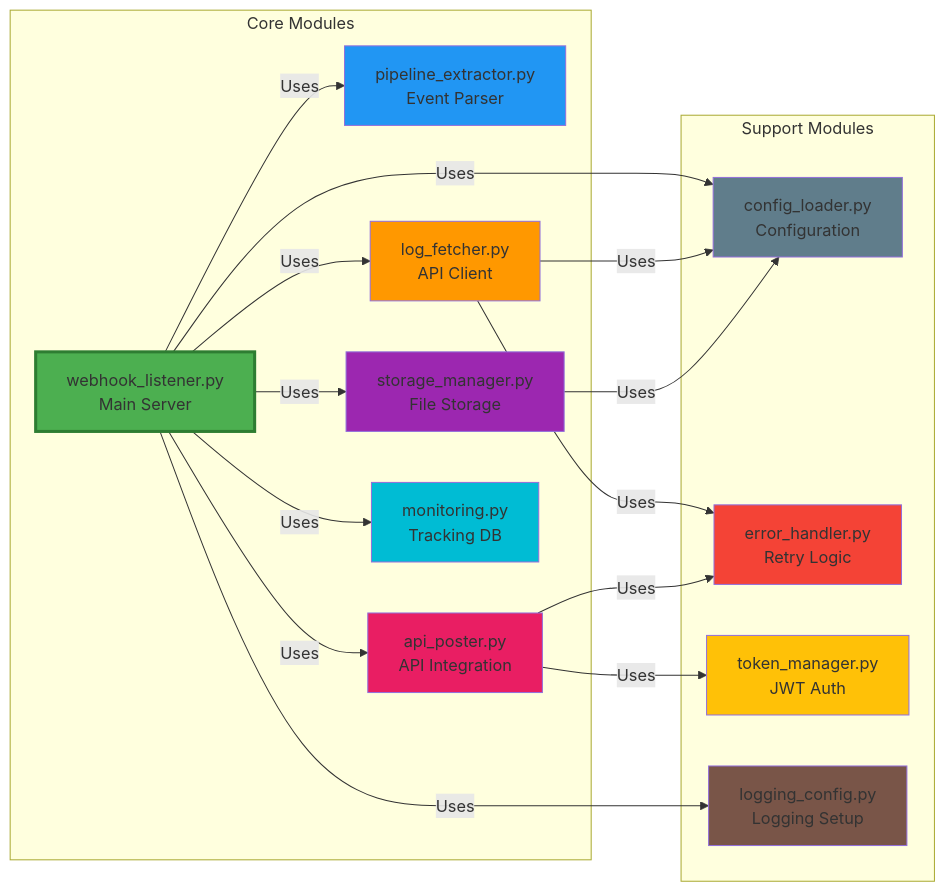
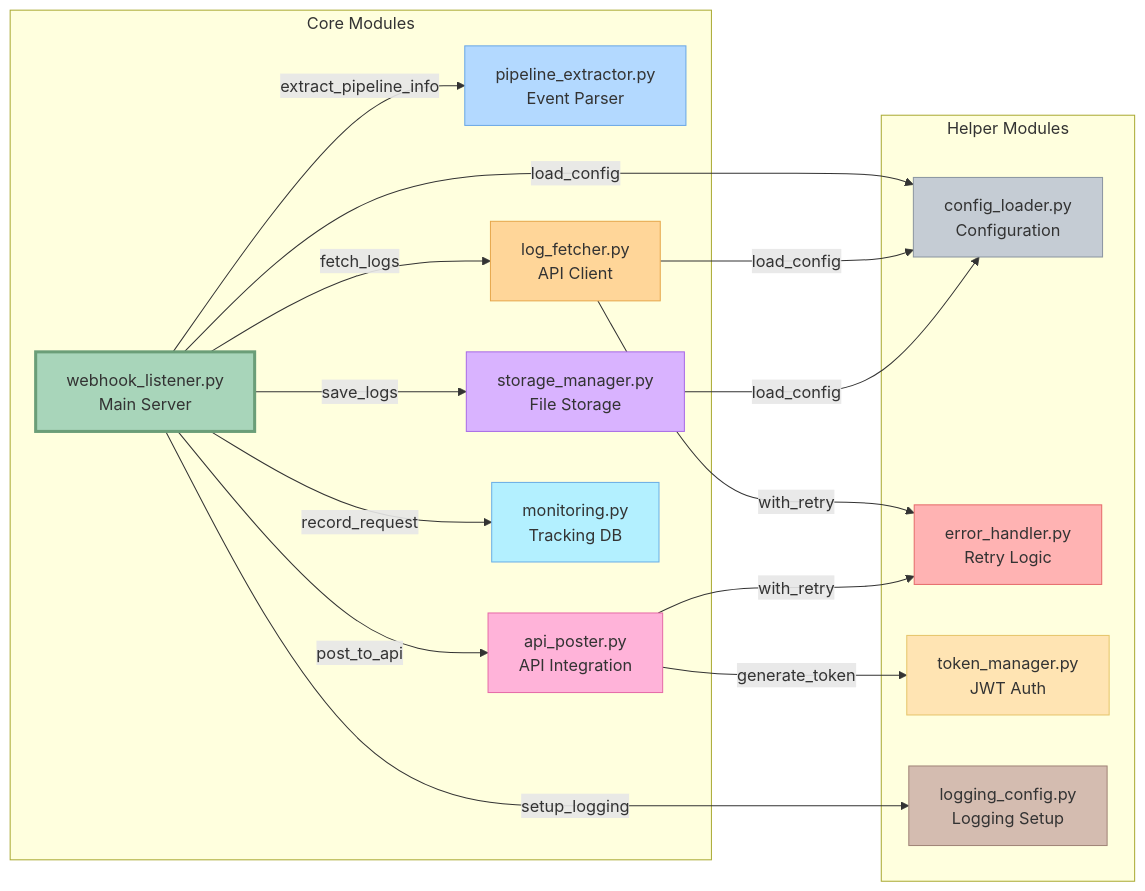
One commit to vigneshpalanivelr/extract-build-logs changed the second of 3 diagrams in DOCUMENTATION.md. Above: the diagram before and after it, drawn with Mermaid. The commit also changed other lines of this file and 1 other file, not shown here.

````diff
--- a/DOCUMENTATION.md
+++ b/DOCUMENTATION.md
@@ -275,42 +281,42 @@
 ```mermaid
 graph LR
     subgraph "Core Modules"
         WL[webhook_listener.py<br/>Main Server]
         PE[pipeline_extractor.py<br/>Event Parser]
         LF[log_fetcher.py<br/>API Client]
         SM[storage_manager.py<br/>File Storage]
         AP[api_poster.py<br/>API Integration]
         MON[monitoring.py<br/>Tracking DB]
     end
 
-    subgraph "Support Modules"
+    subgraph "Helper Modules"
         CL[config_loader.py<br/>Configuration]
         EH[error_handler.py<br/>Retry Logic]
         TM[token_manager.py<br/>JWT Auth]
         LC[logging_config.py<br/>Logging Setup]
     end
 
-    WL -->|Uses| PE
-    WL -->|Uses| LF
-    WL -->|Uses| SM
-    WL -->|Uses| AP
-    WL -->|Uses| MON
-    WL -->|Uses| CL
-    LF -->|Uses| CL
-    LF -->|Uses| EH
-    SM -->|Uses| CL
-    AP -->|Uses| TM
-    AP -->|Uses| EH
-    WL -->|Uses| LC
+    WL -->|extract_pipeline_info| PE
+    WL -->|fetch_logs| LF
+    WL -->|save_logs| SM
+    WL -->|post_to_api| AP
+    WL -->|record_request| MON
+    WL -->|load_config| CL
+    LF -->|load_config| CL
+    LF -->|with_retry| EH
+    SM -->|load_config| CL
+    AP -->|generate_token| TM
+    AP -->|with_retry| EH
+    WL -->|setup_logging| LC
 
-    style WL fill:#4CAF50,stroke:#2E7D32,stroke-width:3px
-    style PE fill:#2196F3
-    style LF fill:#FF9800
-    style SM fill:#9C27B0
-    style AP fill:#E91E63
-    style MON fill:#00BCD4
-    style CL fill:#607D8B
-    style EH fill:#F44336
-    style TM fill:#FFC107
-    style LC fill:#795548
+    style WL fill:#a8d5ba,stroke:#6b9e78,stroke-width:3px
+    style PE fill:#b3d9ff,stroke:#6ba8e6
+    style LF fill:#ffd699,stroke:#e6a84d
+    style SM fill:#d9b3ff,stroke:#a86be6
+    style AP fill:#ffb3d9,stroke:#e66ba8
+    style MON fill:#b3f0ff,stroke:#6baee6
+    style CL fill:#c5ccd4,stroke:#8b95a1
+    style EH fill:#ffb3b3,stroke:#e66b6b
+    style TM fill:#ffe4b3,stroke:#e6c56b
+    style LC fill:#d4bcb0,stroke:#a18578
 ```
````
